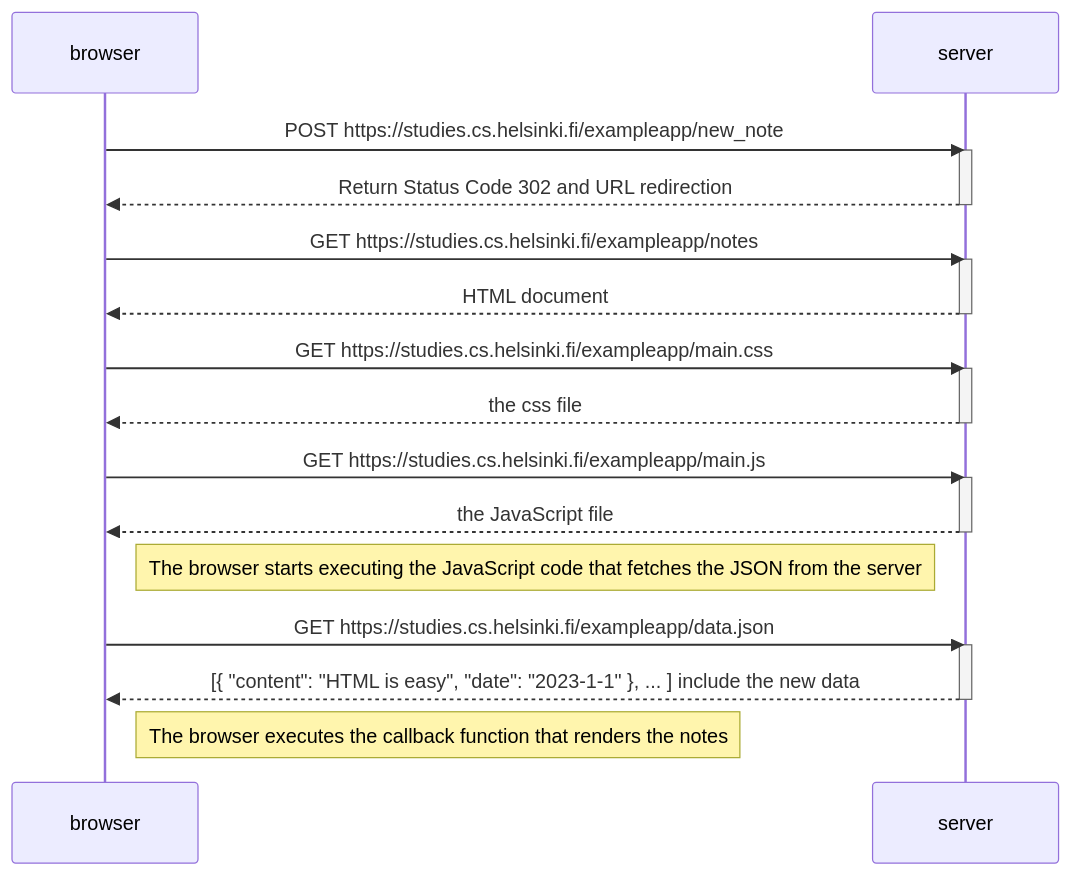
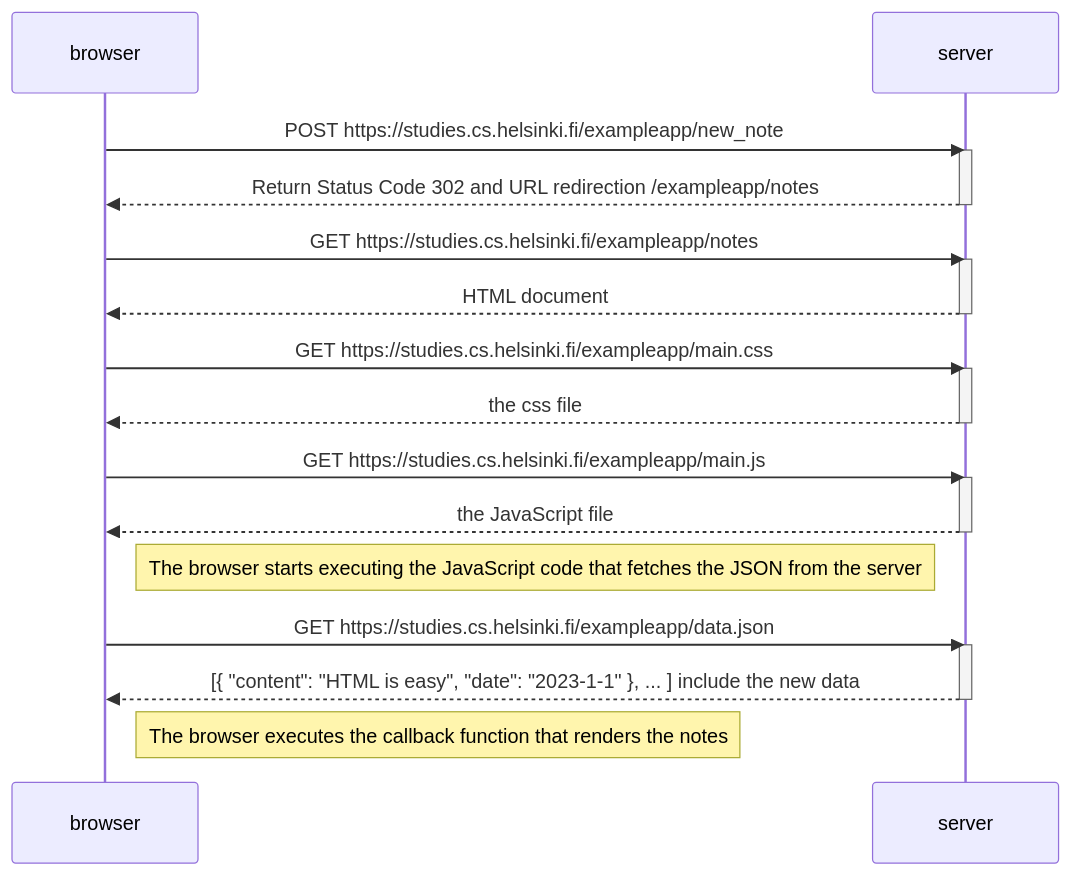
The diagram in part0/0.4:New_note_diagram.md (bahaeddine2002/fullstackopen), drawn with Mermaid before and after one commit.

````diff
--- a/part0/0.4:New_note_diagram.md
+++ b/part0/0.4:New_note_diagram.md
@@ -1,34 +1,35 @@
 ```mermaid
 sequenceDiagram
     participant browser
     participant server
 
   
     browser->>server: POST https://studies.cs.helsinki.fi/exampleapp/new_note
     activate server
-    server-->>browser: Return Status Code 302 and URL redirection
+    server-->>browser: Return Status Code 302 and URL redirection /exampleapp/notes
+
     deactivate server
     browser->>server: GET https://studies.cs.helsinki.fi/exampleapp/notes
     activate server
     server-->>browser: HTML document
     deactivate server
 
     browser->>server: GET https://studies.cs.helsinki.fi/exampleapp/main.css
     activate server
     server-->>browser: the css file
     deactivate server
 
     browser->>server: GET https://studies.cs.helsinki.fi/exampleapp/main.js
     activate server
     server-->>browser: the JavaScript file
     deactivate server
 
     Note right of browser: The browser starts executing the JavaScript code that fetches the JSON from the server
 
     browser->>server: GET https://studies.cs.helsinki.fi/exampleapp/data.json
     activate server
     server-->>browser: [{ "content": "HTML is easy", "date": "2023-1-1" }, ... ] include the new data
     deactivate server
 
     Note right of browser: The browser executes the callback function that renders the notes
 ```
````
